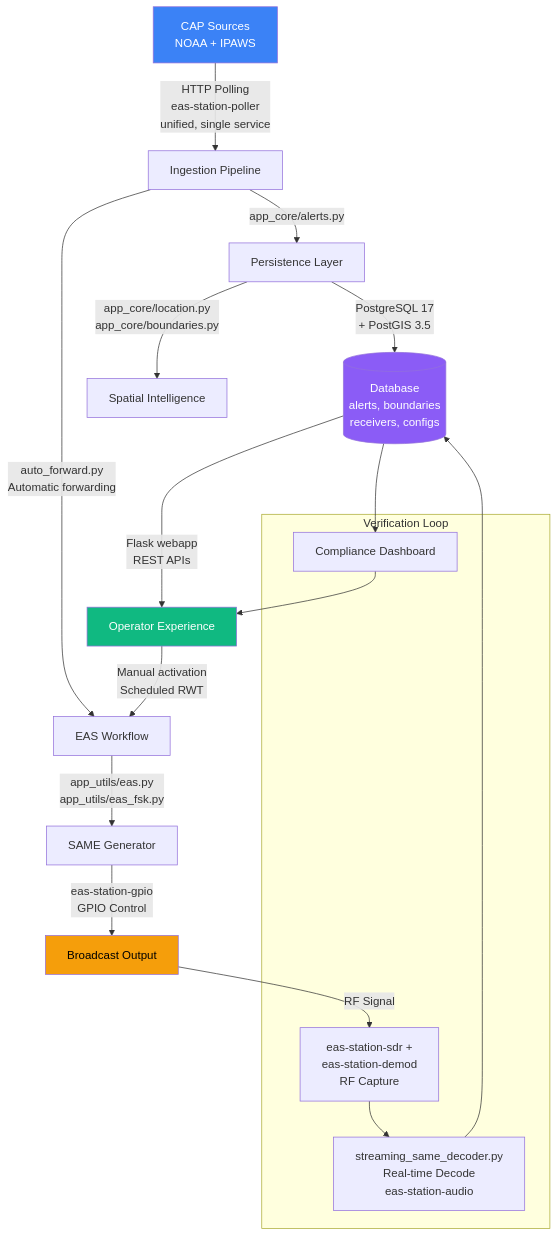
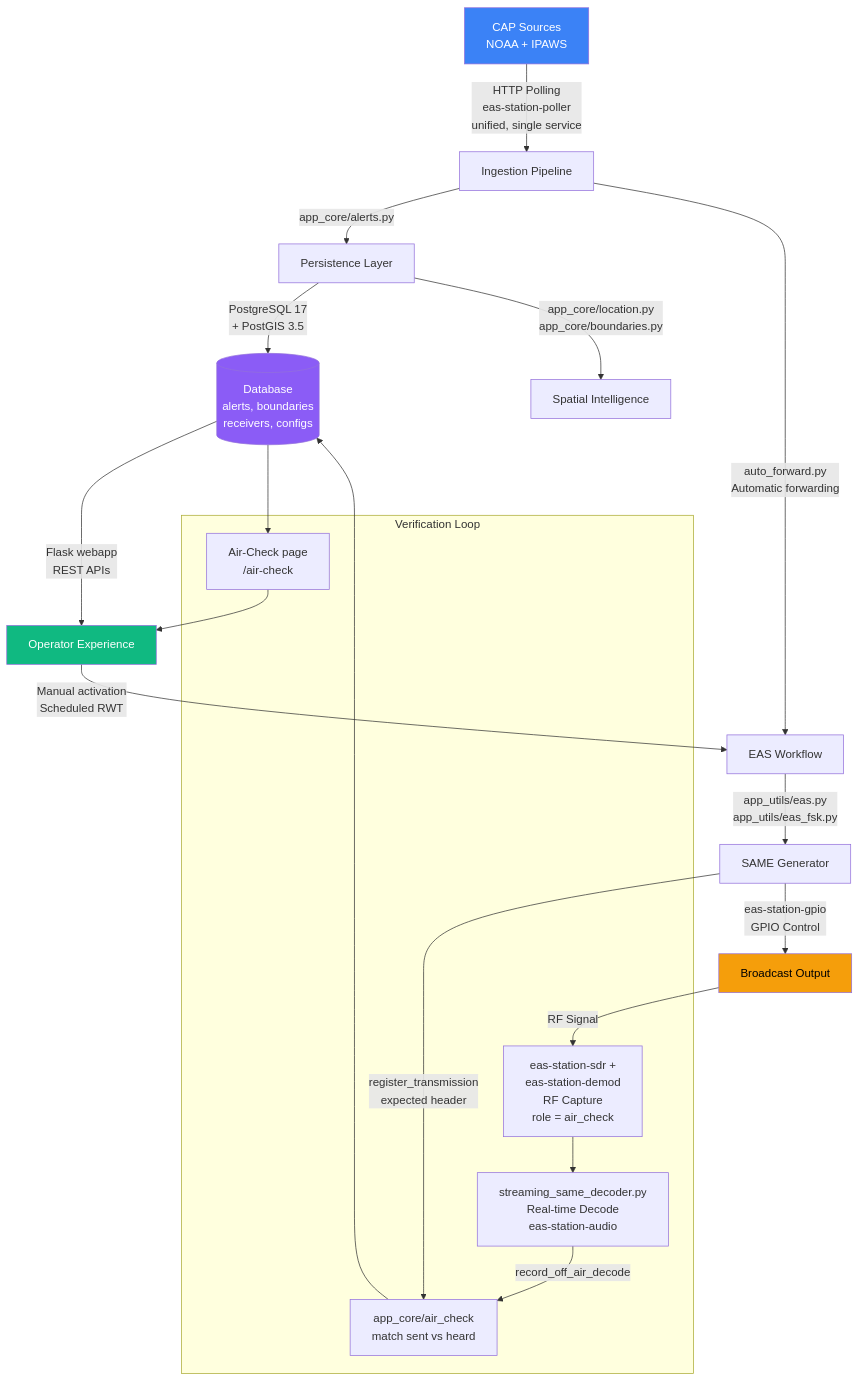
Before and after one commit to KR8MER/eas-station: the second of 7 diagrams in docs/architecture/THEORY_OF_OPERATION.md, drawn with Mermaid. The commit also changed other lines of this file and 32 other files, not shown here.

First line of the commit message:
Add SDR receiver roles and off-air air-check verification

````diff
--- a/docs/architecture/THEORY_OF_OPERATION.md
+++ b/docs/architecture/THEORY_OF_OPERATION.md
@@ -103,29 +103,32 @@
 ```mermaid
 flowchart TD
     A[CAP Sources<br/>NOAA + IPAWS] -->|HTTP Polling<br/>eas-station-poller<br/>unified, single service| B[Ingestion Pipeline]
     B -->|app_core/alerts.py| C[Persistence Layer]
     C -->|PostgreSQL 17<br/>+ PostGIS 3.5| D[(Database<br/>alerts, boundaries<br/>receivers, configs)]
     C -->|app_core/location.py<br/>app_core/boundaries.py| E[Spatial Intelligence]
     D -->|Flask webapp<br/>REST APIs| F[Operator Experience]
     B -->|auto_forward.py<br/>Automatic forwarding| G
     F -->|Manual activation<br/>Scheduled RWT| G[EAS Workflow]
     G -->|app_utils/eas.py<br/>app_utils/eas_fsk.py| H[SAME Generator]
     H -->|eas-station-gpio<br/>GPIO Control| I[Broadcast Output]
     
     subgraph Verification["Verification Loop"]
-        J[eas-station-sdr +<br/>eas-station-demod<br/>RF Capture]
+        J[eas-station-sdr +<br/>eas-station-demod<br/>RF Capture<br/>role = air_check]
         K[streaming_same_decoder.py<br/>Real-time Decode<br/>eas-station-audio]
-        L[Compliance Dashboard]
+        M[app_core/air_check<br/>match sent vs heard]
+        L[Air-Check page<br/>/air-check]
     end
     
+    H -->|register_transmission<br/>expected header| M
     I -->|RF Signal| J
     J --> K
-    K --> D
+    K -->|record_off_air_decode| M
+    M --> D
     D --> L
     L --> F
 
     style A fill:#3b82f6,color:#fff
     style D fill:#8b5cf6,color:#fff
     style F fill:#10b981,color:#fff
     style I fill:#f59e0b,color:#000
 ```
````
